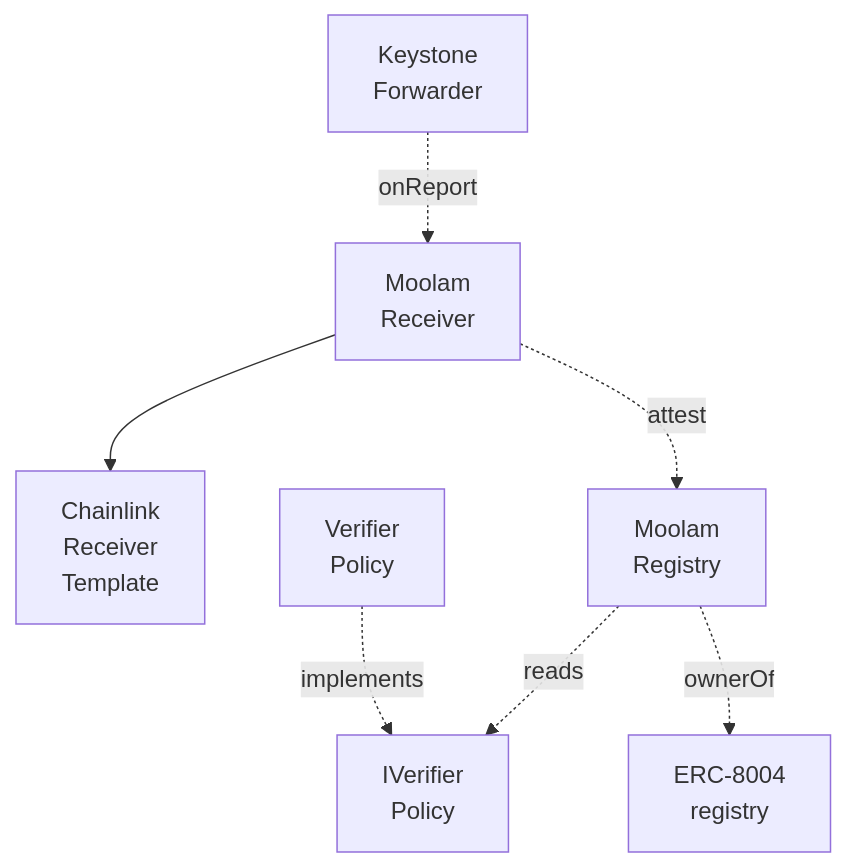
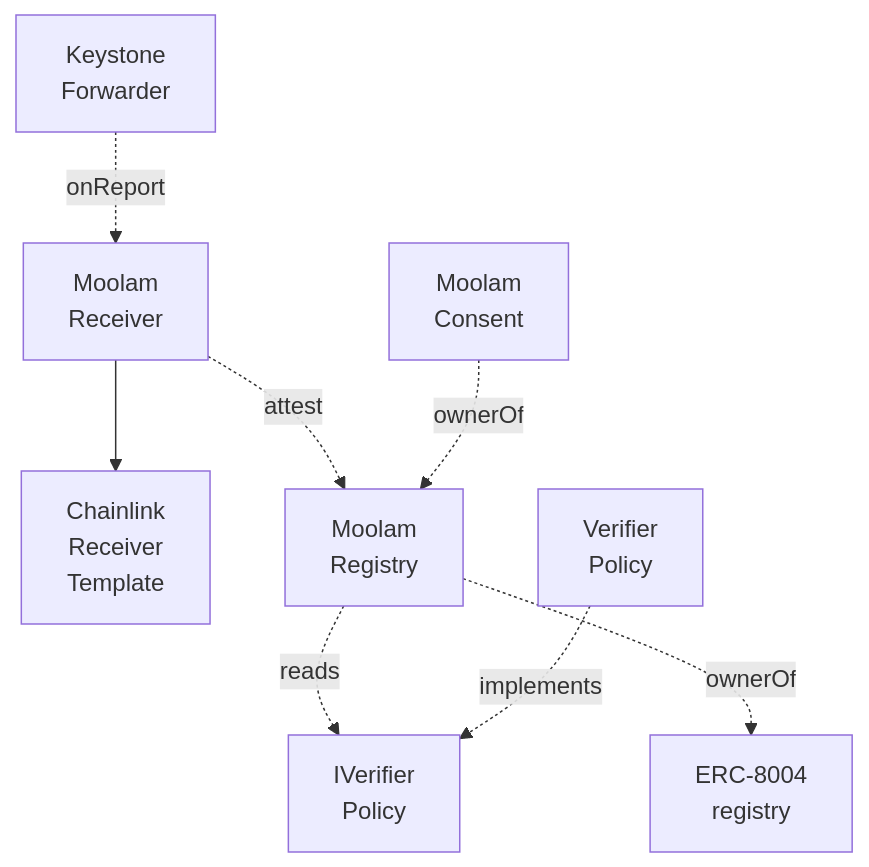
Before and after one commit to ramakrishnanhulk20/Moolam: diagram 12 of 12 in docs/developers/architecture.md, drawn with Mermaid. The commit also changed other lines of this file and 35 other files, not shown here.

````diff
--- a/docs/developers/architecture.md
+++ b/docs/developers/architecture.md
@@ -180,9 +251,10 @@
 ```mermaid phone "Half two: what it reads, and who may write a re-check."
 flowchart TD
     FW[Keystone<br/>Forwarder] -. onReport .-> RC[Moolam<br/>Receiver]
     RC --> RT[Chainlink<br/>Receiver<br/>Template]
     RC -. attest .-> MR[Moolam<br/>Registry]
     MR -. reads .-> IVP[IVerifier<br/>Policy]
     MR -. ownerOf .-> I8[ERC-8004<br/>registry]
     VP[Verifier<br/>Policy] -. implements .-> IVP
+    MC[Moolam<br/>Consent] -. ownerOf .-> MR
 ```
````
